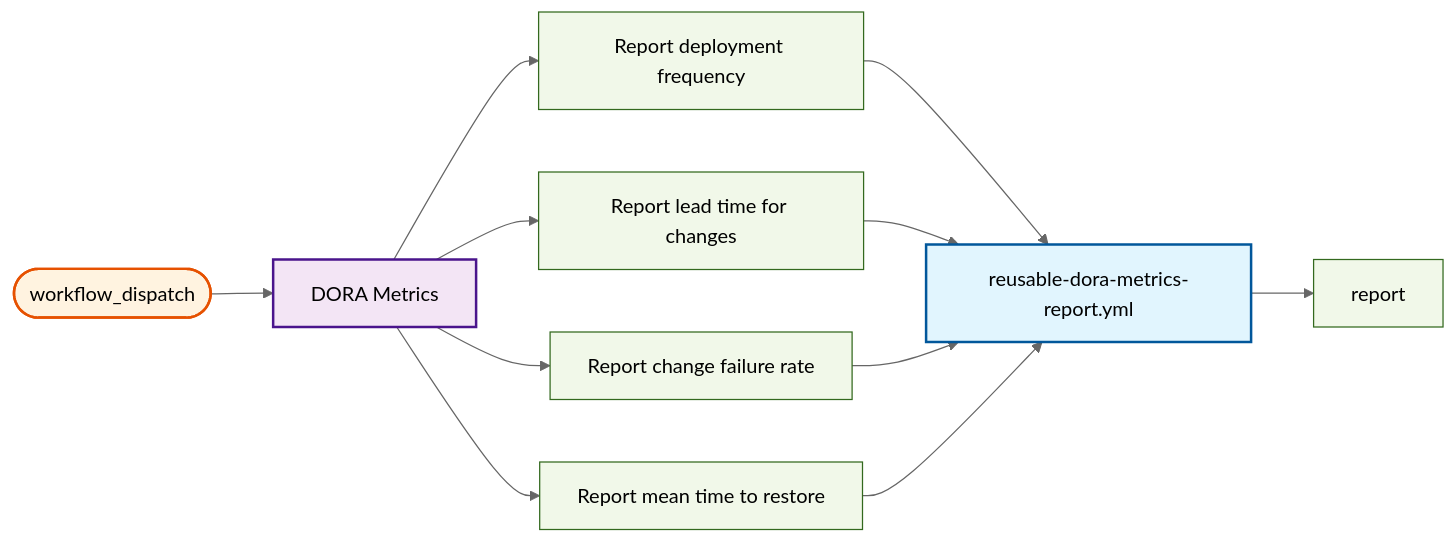
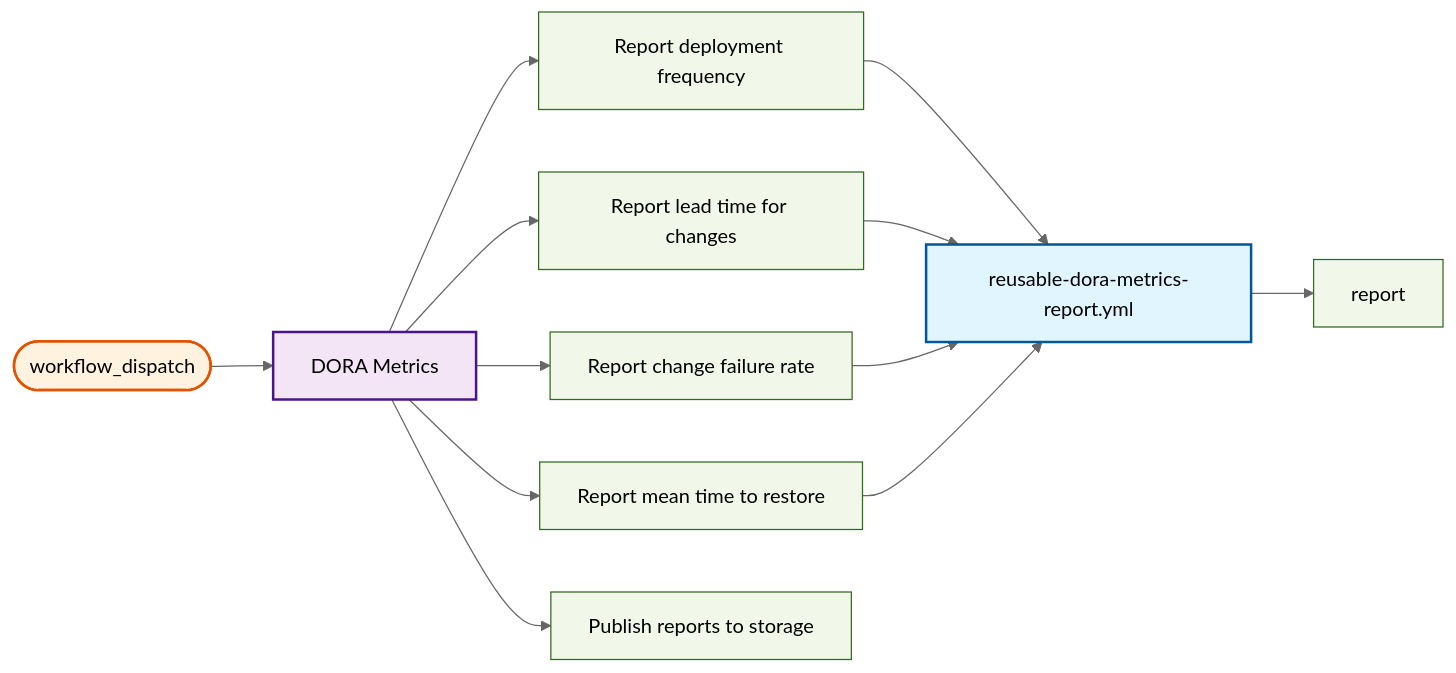
One commit to US-Trustee-Program/Bankruptcy-Oversight-Support-Systems changed diagram 21 of 28 in docs/operations/workflow-diagram.md. Above: the diagram before and after it, drawn with Mermaid (neutral theme). The commit also changed other lines of this file and 3 other files, not shown here.

First line of the commit message:
Publish DORA reports and alert on failure

````diff
--- a/docs/operations/workflow-diagram.md
+++ b/docs/operations/workflow-diagram.md
@@ -1212,36 +1226,39 @@
 ```mermaid
 flowchart LR
     trigger_workflow_dispatch(["workflow_dispatch"])
     dora_metrics_yml["DORA Metrics"]
     dora_metrics_yml_deployment_frequency["Report deployment frequency"]
     reusable_dora_metrics_report_yml["reusable-dora-metrics-report.yml"]
     reusable_dora_metrics_report_yml_report["report"]
     dora_metrics_yml_lead_time["Report lead time for changes"]
     dora_metrics_yml_change_failure_rate["Report change failure rate"]
     dora_metrics_yml_mttr["Report mean time to restore"]
+    dora_metrics_yml_publish["Publish reports to storage"]
 
     trigger_workflow_dispatch --> dora_metrics_yml
     dora_metrics_yml --> dora_metrics_yml_deployment_frequency
     reusable_dora_metrics_report_yml --> reusable_dora_metrics_report_yml_report
     dora_metrics_yml_deployment_frequency --> reusable_dora_metrics_report_yml
     dora_metrics_yml --> dora_metrics_yml_lead_time
     dora_metrics_yml_lead_time --> reusable_dora_metrics_report_yml
     dora_metrics_yml --> dora_metrics_yml_change_failure_rate
     dora_metrics_yml_change_failure_rate --> reusable_dora_metrics_report_yml
     dora_metrics_yml --> dora_metrics_yml_mttr
     dora_metrics_yml_mttr --> reusable_dora_metrics_report_yml
+    dora_metrics_yml --> dora_metrics_yml_publish
 
     classDef reusable fill:#e1f5fe,stroke:#01579b,stroke-width:2px,color:#000000
     classDef mainWorkflow fill:#f3e5f5,stroke:#4a148c,stroke-width:2px,color:#000000
     classDef trigger fill:#fff3e0,stroke:#e65100,stroke-width:2px,color:#000000
     classDef job fill:#f1f8e9,stroke:#33691e,stroke-width:1px,color:#000000
 
     class trigger_workflow_dispatch trigger
     class dora_metrics_yml mainWorkflow
     class dora_metrics_yml_deployment_frequency job
     class reusable_dora_metrics_report_yml reusable
     class reusable_dora_metrics_report_yml_report job
     class dora_metrics_yml_lead_time job
     class dora_metrics_yml_change_failure_rate job
     class dora_metrics_yml_mttr job
+    class dora_metrics_yml_publish job
 ```
````
